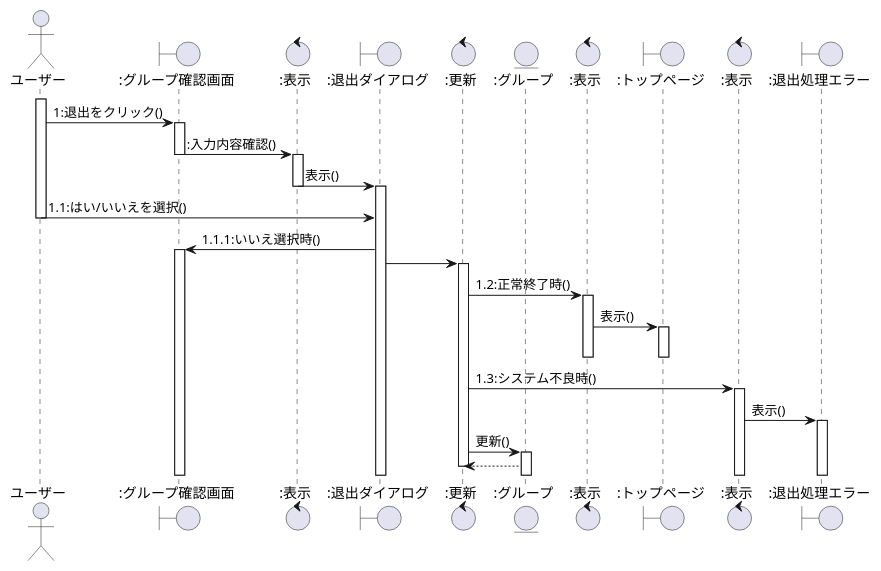
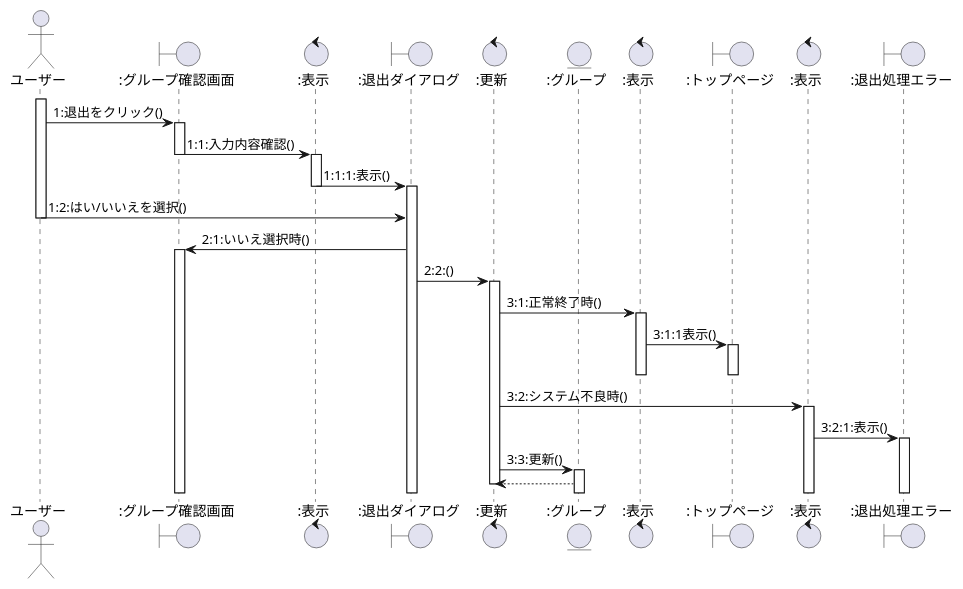
One commit to ksw2270227/GroupF changed the third of 8 diagrams in user2_sequence.plantuml. Above: the diagram before and after it, drawn with PlantUML. The commit also changed other lines of this file and 2 other files, not shown here.

```diff
--- a/user2_sequence.plantuml
+++ b/user2_sequence.plantuml
@@ -67,42 +67,42 @@
 @startuml グループ退出シーケンス図
 actor ユーザー as 0
 boundary ":グループ確認画面" as a
 control ":表示" as b
 boundary ":退出ダイアログ" as c
 control ":更新" as d
 entity ":グループ" as e
 control ":表示" as f
 boundary ":トップページ" as g
 control ":表示" as h
 boundary ":退出処理エラー" as i
 
 activate 0
     0 -> a:1:退出をクリック()
     activate a
-    a -> b::入力内容確認()
+    a -> b:1:1:入力内容確認()
     deactivate a
     activate b
-    b -> c:表示()
+    b -> c:1:1:1:表示()
     deactivate b
     activate c
-    0 -> c:1.1:はい/いいえを選択()
+    0 -> c:1:2:はい/いいえを選択()
     deactivate 0
-    c -> a:1.1.1:いいえ選択時()
+    c -> a:2:1:いいえ選択時()
     activate a
-    c -> d
+    c -> d:2:2:()
     activate d
-    d -> f:1.2:正常終了時()
+    d -> f:3:1:正常終了時()
     activate f
-    f -> g:表示()
+    f -> g:3:1:1表示()
     activate g
     deactivate f
     deactivate g
-    d -> h:1.3:システム不良時()
+    d -> h:3:2:システム不良時()
     activate h
-    h -> i:表示()
+    h -> i:3:2:1:表示()
     activate i
-    d -> e:更新()
+    d -> e:3:3:更新()
     activate e
     e --> d
     deactivate d
 @enduml
```
